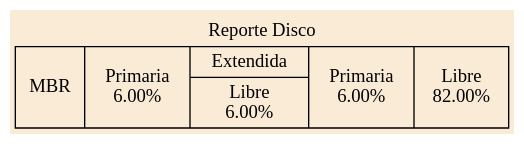
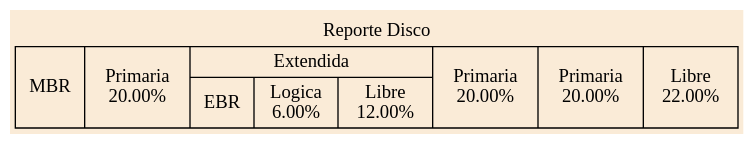
One commit to Ssolares0/MIA_P1_202004822 changed the diagram in Reportes/ReporteDisk.dot. Above: the diagram before and after it, drawn with Graphviz. The commit also changed 7 other files, not shown here.

Commit message:
modificando el reporte del mbr

```diff
--- a/Reportes/ReporteDisk.dot
+++ b/Reportes/ReporteDisk.dot
@@ -1,2 +1,2 @@
-digraph grid {bgcolor="antiquewhite" fontname="Comic Sans MS " label=" Reporte Disco"Alayout=dot labelloc = "t"edge [weigth=1000 style=dashed color=red4 dir = "both" arrowtail="open" arrowhead="open"]node[shape=record, color=black]a0[label="MBR|Primaria\n6.00%\n|{Extendida|Libre\n6.00%\n}|Primaria\n6.00%\n|Libre\n82.00%\n"];
+digraph grid {bgcolor="antiquewhite" fontname="Comic Sans MS " label=" Reporte Disco"Alayout=dot labelloc = "t"edge [weigth=1000 style=dashed color=red4 dir = "both" arrowtail="open" arrowhead="open"]node[shape=record, color=black]a0[label="MBR|Primaria\n20.00%\n|{Extendida|{EBR|Logica\n6.00%\n|Libre\n12.00%\n}}|Primaria\n20.00%\n|Primaria\n20.00%\n|Libre\n22.00%\n"];
 }
```
